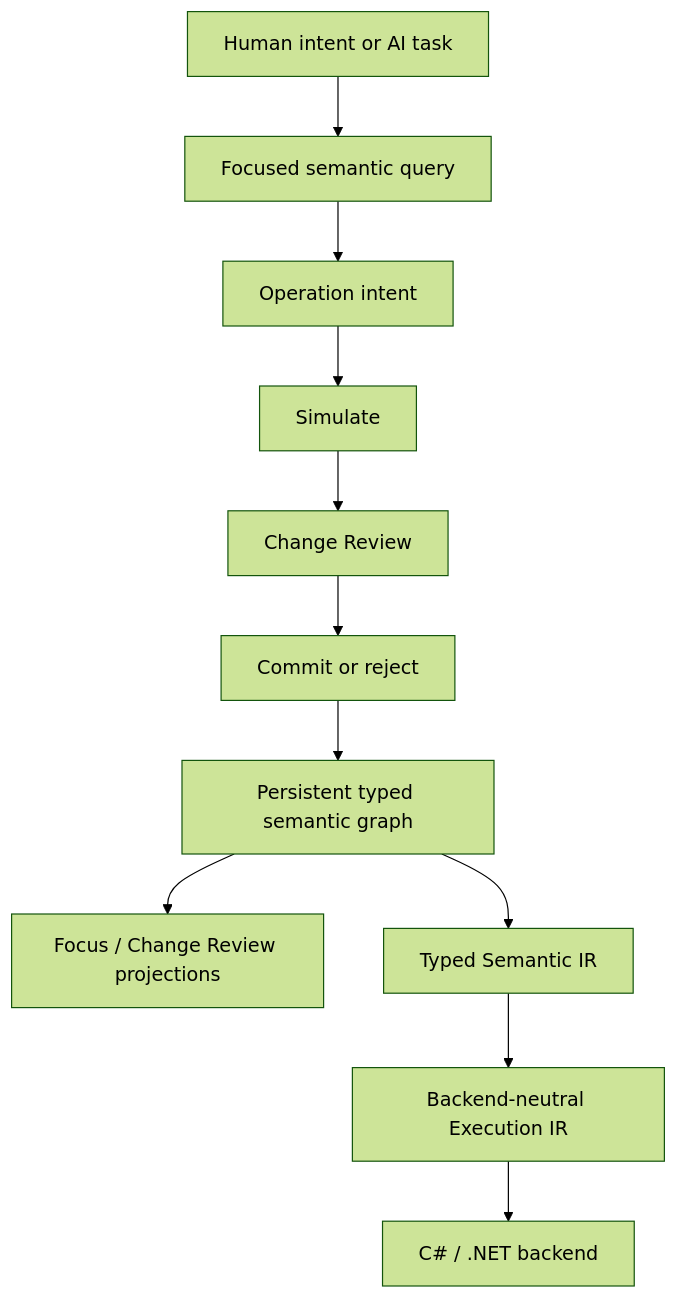
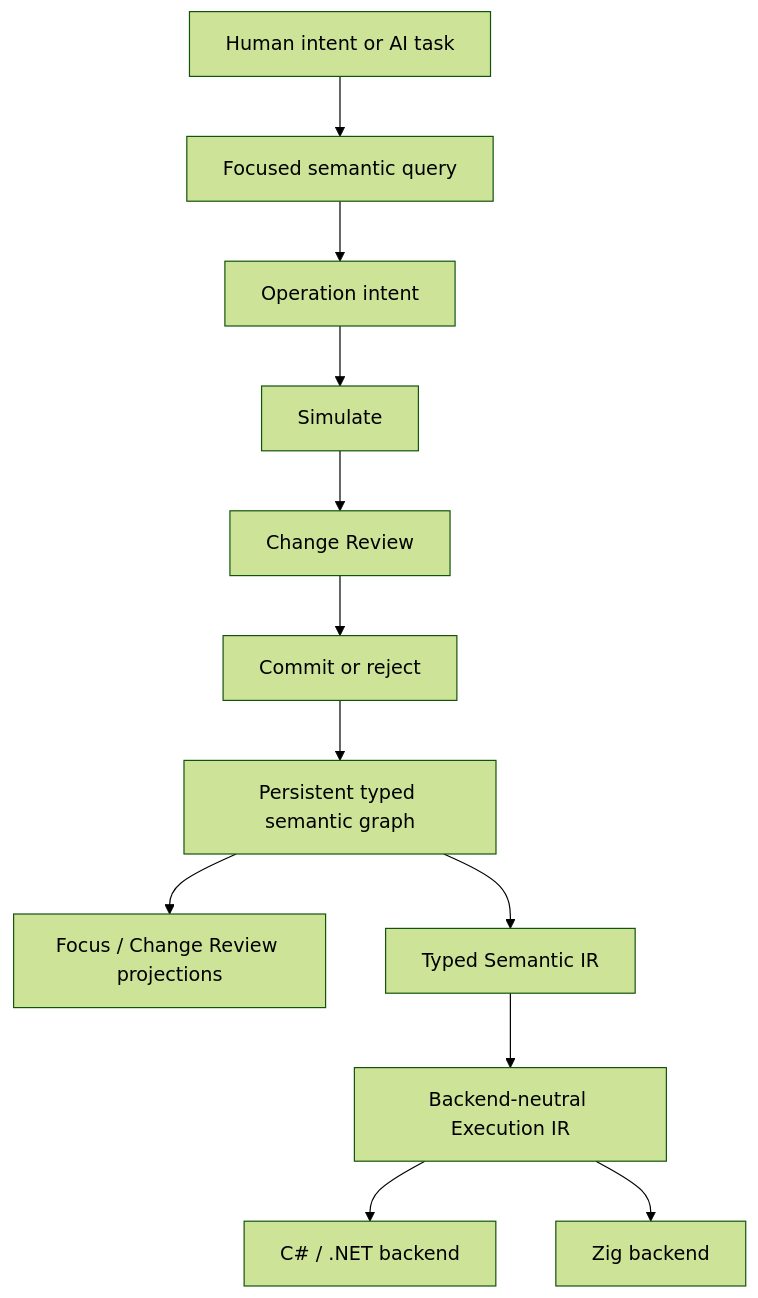
One commit to kw4r3n/nyrwvy changed the diagram in README.md. Above: the diagram before and after it, drawn with Mermaid (forest theme). The commit also changed other lines of this file and 1 other file, not shown here.

````diff
--- a/README.md
+++ b/README.md
@@ -30,13 +37,14 @@
 ```mermaid
 flowchart TD
     A[Human intent or AI task] --> B[Focused semantic query]
     B --> C[Operation intent]
     C --> D[Simulate]
     D --> E[Change Review]
     E --> F[Commit or reject]
     F --> G[Persistent typed semantic graph]
     G --> H[Focus / Change Review projections]
     G --> I[Typed Semantic IR]
     I --> J[Backend-neutral Execution IR]
     J --> K[C# / .NET backend]
+    J --> L[Zig backend]
 ```
````
